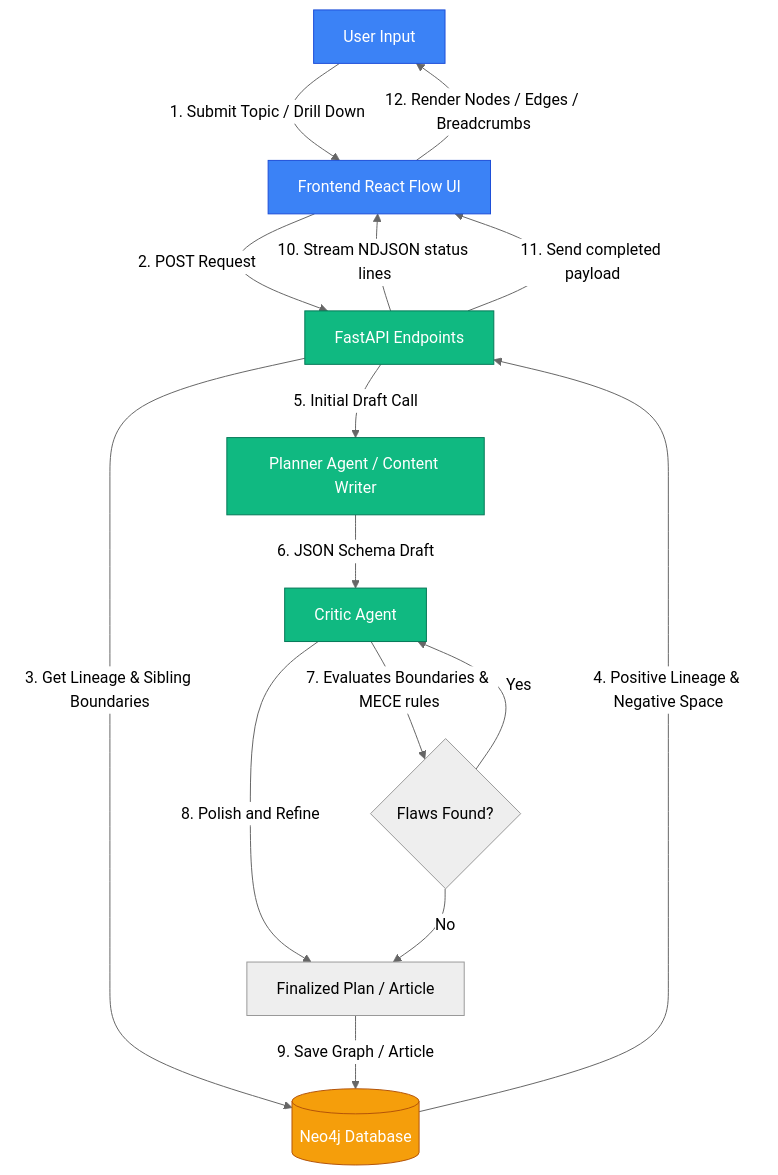
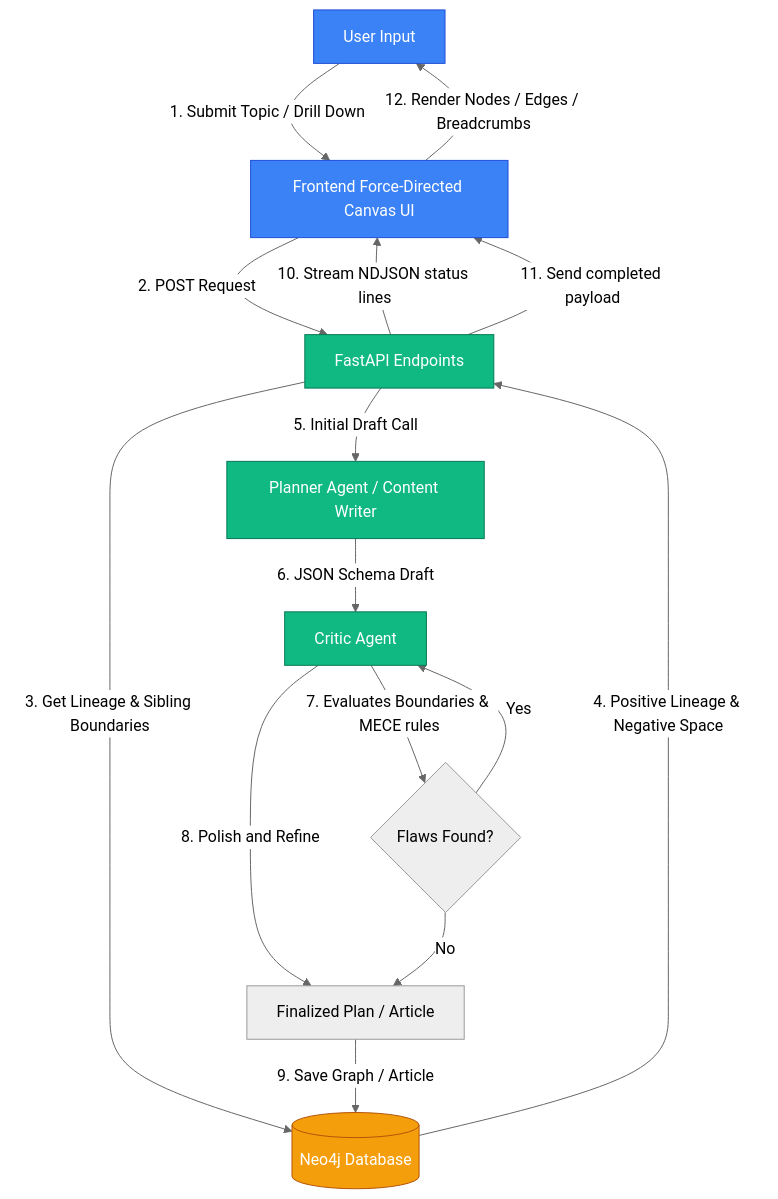
One commit to LaurentVeyssier/mindmap-app changed the diagram in README.md. Above: the diagram before and after it, drawn with Mermaid (neutral theme). The commit also changed other lines of this file and 3 other files, not shown here.

Commit message:
docs: update README and steering documents for graph library and responsiveness

````diff
--- a/README.md
+++ b/README.md
@@ -13,35 +13,35 @@
 ```mermaid
 graph TD
     %% User Actions
-    User[User Input] -->|1. Submit Topic / Drill Down| FE[Frontend React Flow UI]
+    User[User Input] -->|1. Submit Topic / Drill Down| FE[Frontend Force-Directed Canvas UI]
     
     %% API Streams
     FE -->|2. POST Request| API[FastAPI Endpoints]
     
     %% Context Gathering
     API -->|3. Get Lineage & Sibling Boundaries| DB[(Neo4j Database)]
     DB -->|4. Positive Lineage & Negative Space| API
     
     %% Agent Orchestration
     API -->|5. Initial Draft Call| Planner[Planner Agent / Content Writer]
     Planner -->|6. JSON Schema Draft| Critic[Critic Agent]
     
     %% Critic Loop
     Critic -->|7. Evaluates Boundaries & MECE rules| CriticRule{Flaws Found?}
     CriticRule -->|Yes| Critic -->|8. Polish and Refine| FinalDraft[Finalized Plan / Article]
     CriticRule -->|No| FinalDraft
     
     %% DB Sync & UI Stream
     FinalDraft -->|9. Save Graph / Article| DB
     API -->|10. Stream NDJSON status lines| FE
     API -->|11. Send completed payload| FE
     FE -->|12. Render Nodes / Edges / Breadcrumbs| User
     
     %% Style custom colors
     classDef blue fill:#3b82f6,stroke:#1d4ed8,color:#fff;
     classDef green fill:#10b981,stroke:#047857,color:#fff;
     classDef gold fill:#f59e0b,stroke:#b45309,color:#fff;
     class FE,User blue;
     class API,Planner,Critic green;
     class DB gold;
 ```
````
